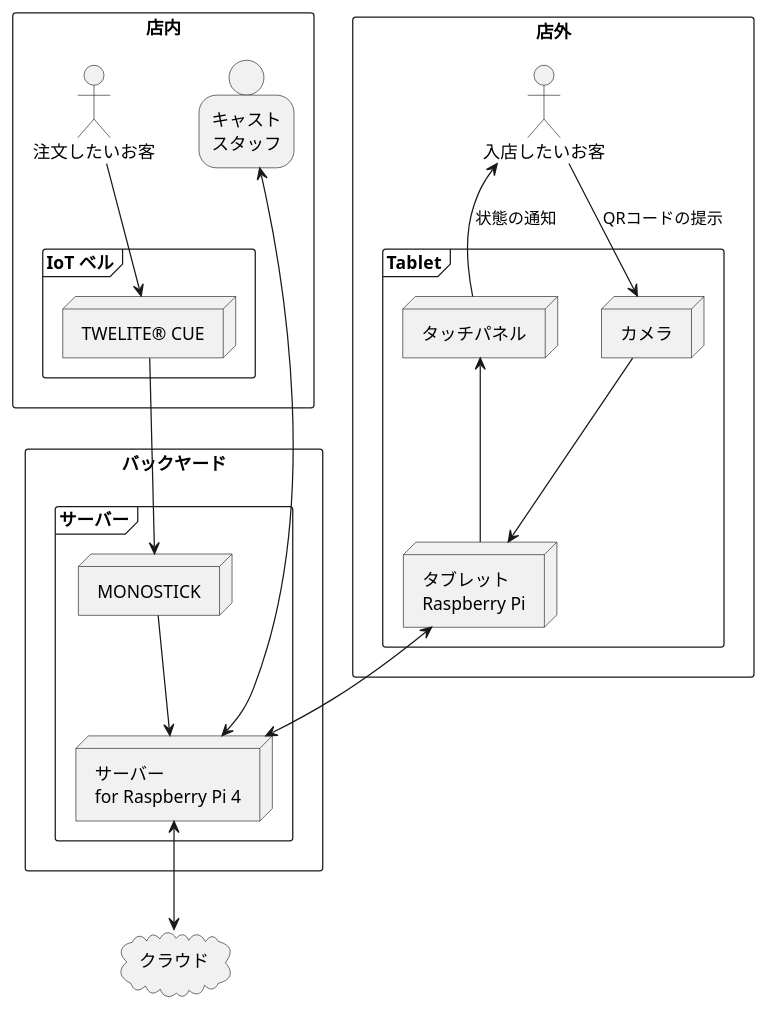
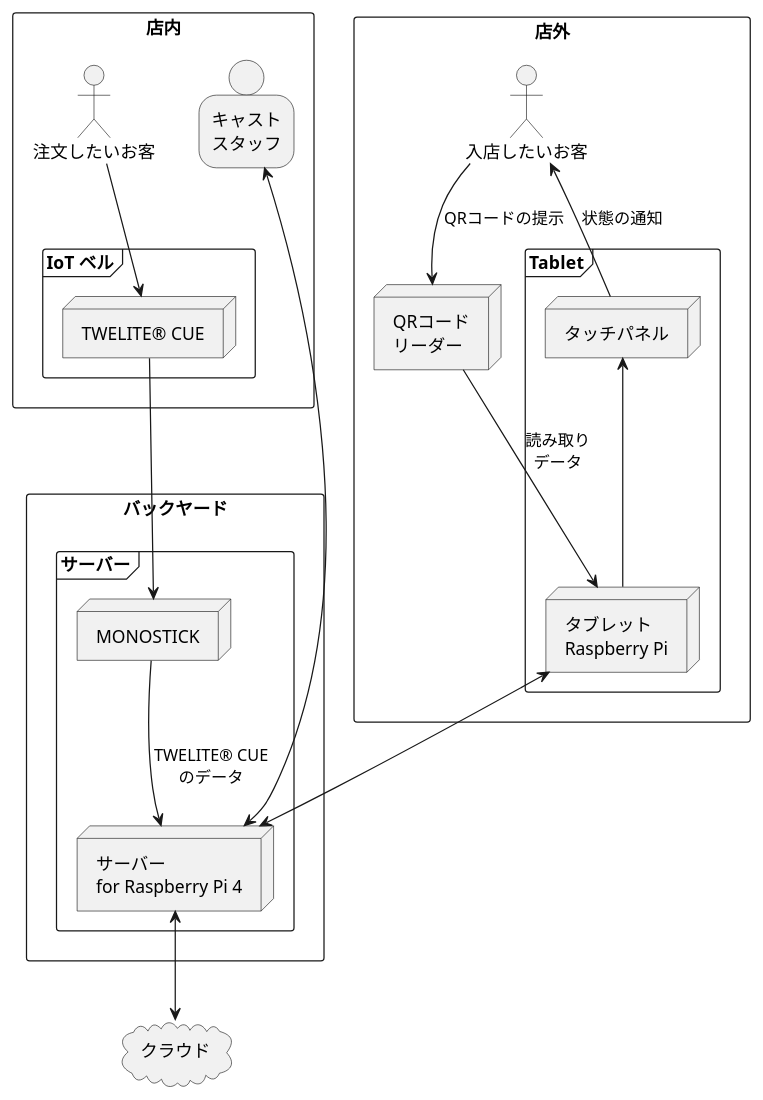
The diagram in README.md (MaSiRoProjectOSS/IoT_BELL), drawn with PlantUML before and after one commit. The commit also changed other lines of this file and 15 other files, not shown here.

````diff
--- a/README.md
+++ b/README.md
@@ -11,54 +11,50 @@
 ```plantuml
 @startuml
 
 rectangle outside_the_store as "店外" {
     actor actor_enter as "入店したいお客"
     frame tablet_side as "Tablet" {
         node Panel as "タッチパネル"
-        node Raspberry as "Raspberry Pi 4"
-        node Camera as "カメラ"
+        node Raspberry as "タブレット\nRaspberry Pi"
     }
-    frame tablet_side as "Tablet" {
-        node Panel as "タッチパネル"
-        node Raspberry as "タブレット\nRaspberry Pi"
-        node Camera as "カメラ"
-    }
+    node QRCodeReader as "QRコード\nリーダー"
 
 }
 rectangle inside_the_store as "店内" {
     person cast as "キャスト\nスタッフ"
 
     actor actor_order as "注文したいお客"
     frame bell_side as "IoT ベル" {
         node TWELITE_CUE as "TWELITE® CUE"
     }
 
 }
 rectangle backyard as "バックヤード" {
     frame manager as "サーバー" {
         node TWELITE_MONOSTICK as "MONOSTICK"
         node server as "サーバー\nfor Raspberry Pi 4"
     }
 }
 
 cloud cloud as "クラウド"
 
 
 actor_order --> TWELITE_CUE
 TWELITE_CUE --> TWELITE_MONOSTICK
 
 actor_enter <-- Panel : 状態の通知
-actor_enter --> Camera : QRコードの提示
+actor_enter --> QRCodeReader : QRコードの提示
+QRCodeReader --> Raspberry : 読み取り\nデータ
+
 Panel <-- Raspberry
-TWELITE_MONOSTICK --> server
-Camera --> Raspberry
+TWELITE_MONOSTICK --> server : "TWELITE® CUE\nのデータ"
 
 cast <--> server
 
 
 Raspberry <--> server
 server <--> cloud
 
 @enduml
 
 ```
````
